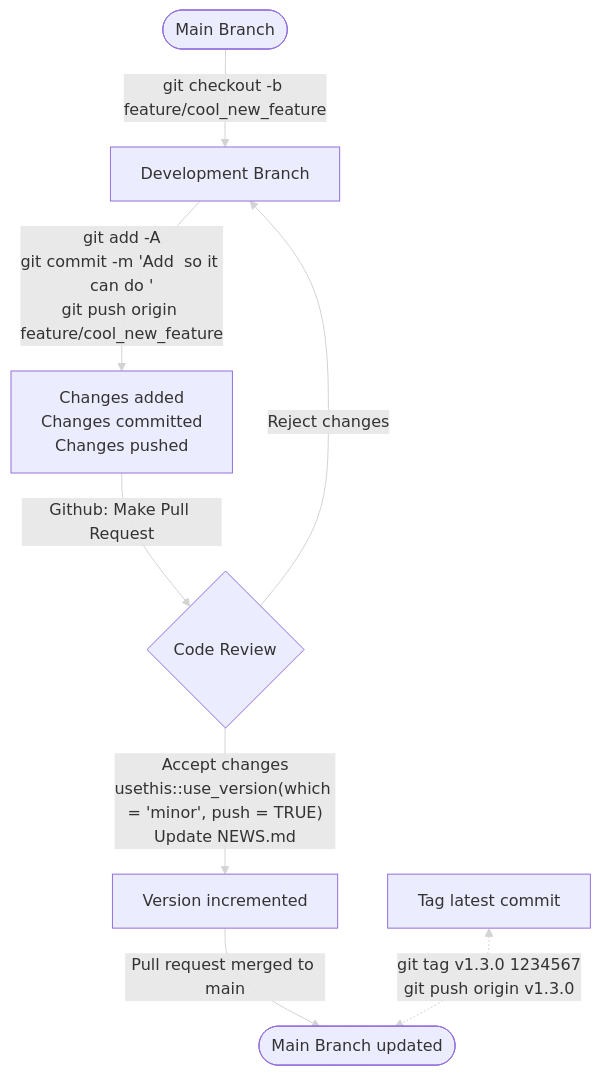
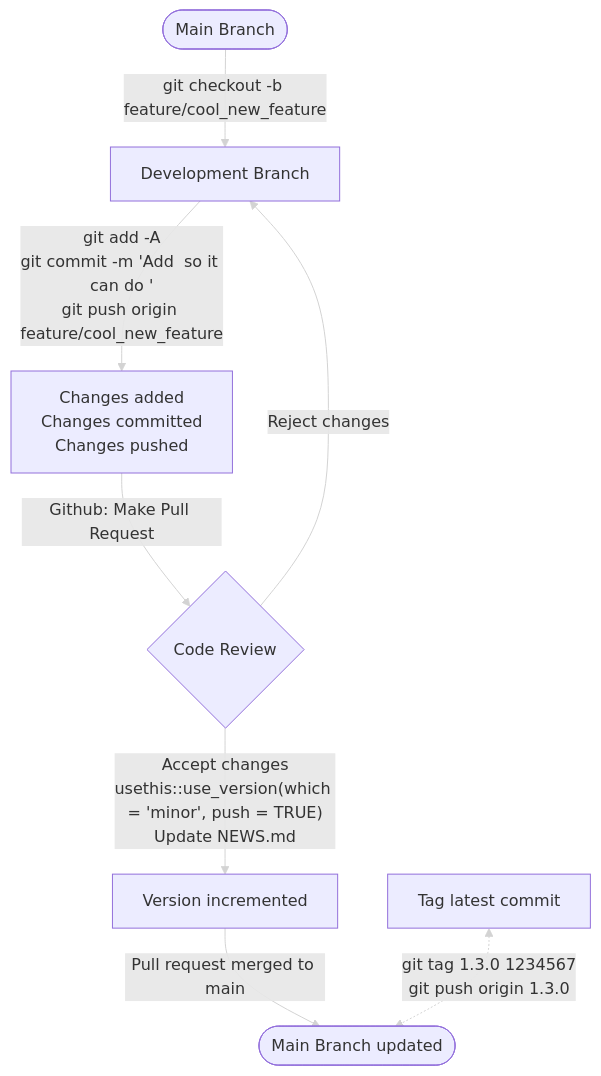
Before and after one commit to Public-Health-Scotland/package-dev-guidance-site: the diagram in pages/recommended-git-workflow.qmd, drawn with Mermaid. The commit also changed other lines of this file and 2 other files, not shown here.

Commit message:
remove v from version tag format

````diff
--- a/pages/recommended-git-workflow.qmd
+++ b/pages/recommended-git-workflow.qmd
@@ -24,21 +24,21 @@
 ```{mermaid}
 
 flowchart TB
     mb(["Main Branch"])
     cdb["Development Branch"]
     ca["Changes added\nChanges committed\nChanges pushed"]
     cr{Code Review}
     vi[Version incremented]
     ta[Tag latest commit]
     mbu([Main Branch updated])
 
     mb --"git checkout -b feature/cool_new_feature" --> cdb
     cdb --"git add -A\ngit commit -m 'Add <foo> so it can do <bar>'\ngit push origin feature/cool_new_feature" --> ca
     ca --"Github: Make Pull Request"--> cr
     cr --"Accept changes\nusethis::use_version(which = 'minor', push = TRUE)\nUpdate NEWS.md"--> vi
     vi -- "Pull request merged to main" --> mbu
     cr --"Reject changes"--> cdb
-    ta <-."git tag v1.3.0 1234567\ngit push origin v1.3.0".-> mbu
+    ta <-."git tag 1.3.0 1234567\ngit push origin 1.3.0".-> mbu
 
     linkStyle default stroke:lightgray 
 ```
````
